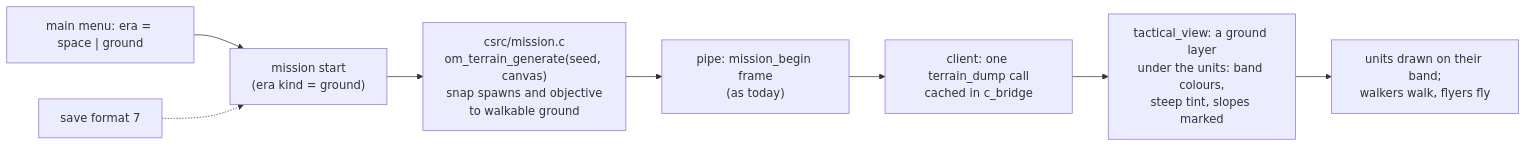
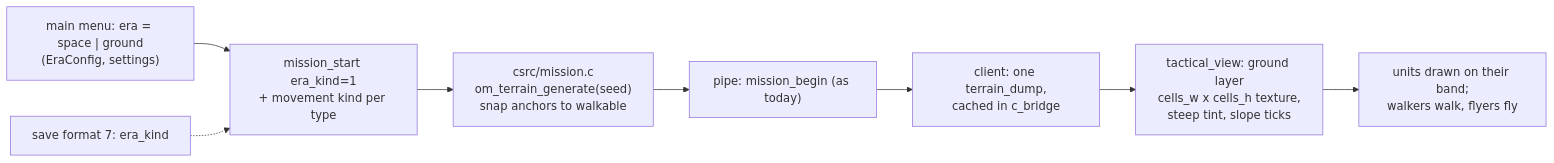
Before and after one commit to Westopoli/ouroboros-manifold: the first of 2 diagrams in docs/northstar/plans/2026-10-06-terrain-stage3-spec.md, drawn with Mermaid. The commit also changed other lines of this file, not shown here.

First line of the commit message:
terrain stage 3 spec rev 2: fold the Sonnet audit (movement kinds piece, seed, terrain clear, era var, --era arg, save 7 purpose, texture size)

````diff
--- a/docs/northstar/plans/2026-10-06-terrain-stage3-spec.md
+++ b/docs/northstar/plans/2026-10-06-terrain-stage3-spec.md
@@ -7,10 +7,10 @@
 ```mermaid
 flowchart LR
-    A["mission start<br/>(era kind = ground)"] --> B["csrc/mission.c<br/>om_terrain_generate(seed, canvas)<br/>snap spawns and objective<br/>to walkable ground"]
-    B --> C["pipe: mission_begin frame<br/>(as today)"]
-    C --> D["client: one terrain_dump call<br/>cached in c_bridge"]
-    D --> E["tactical_view: a ground layer<br/>under the units: band colours,<br/>steep tint, slopes marked"]
+    G["main menu: era = space | ground<br/>(EraConfig, settings)"] --> A["mission_start era_kind=1<br/>+ movement kind per type"]
+    A --> B["csrc/mission.c<br/>om_terrain_generate(seed)<br/>snap anchors to walkable"]
+    B --> C["pipe: mission_begin (as today)"]
+    C --> D["client: one terrain_dump,<br/>cached in c_bridge"]
+    D --> E["tactical_view: ground layer<br/>cells_w x cells_h texture,<br/>steep tint, slope ticks"]
     E --> F["units drawn on their band;<br/>walkers walk, flyers fly"]
-    G["main menu: era = space | ground"] --> A
-    H["save format 7"] -.-> A
+    H["save format 7: era_kind"] -.-> A
 ```
````
